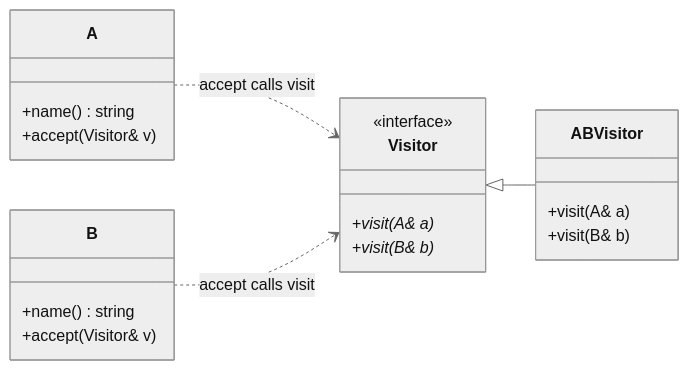
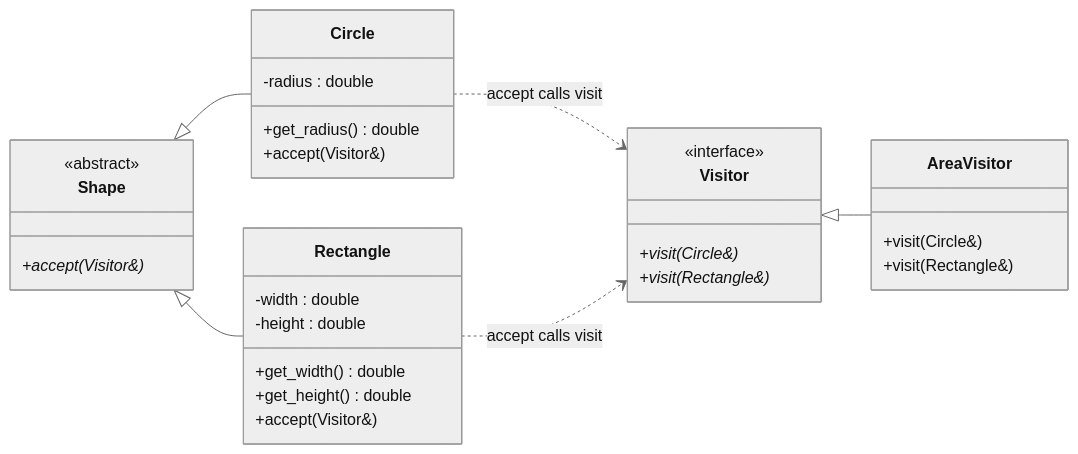
One commit to bbogush/cpp_knowledge_base changed the diagram in src/design_patterns/visitor/README.md. Above: the diagram before and after it, drawn with Mermaid (neutral theme). The commit also changed other lines of this file and 12 other files, not shown here.

````diff
--- a/src/design_patterns/visitor/README.md
+++ b/src/design_patterns/visitor/README.md
@@ -58,29 +59,40 @@
 ```mermaid
 classDiagram
     direction LR
 
     class Visitor {
         <<interface>>
-        +visit(A& a)*
-        +visit(B& b)*
+        +visit(Circle&)*
+        +visit(Rectangle&)*
     }
 
-    class ABVisitor {
-        +visit(A& a)
-        +visit(B& b)
+    class AreaVisitor {
+        +visit(Circle&)
+        +visit(Rectangle&)
     }
 
-    class A {
-        +name() string
-        +accept(Visitor& v)
+    class Shape {
+        <<abstract>>
+        +accept(Visitor&)*
     }
 
-    class B {
-        +name() string
-        +accept(Visitor& v)
+    class Circle {
+        -radius : double
+        +get_radius() double
+        +accept(Visitor&)
     }
 
-    Visitor <|-- ABVisitor
-    A ..> Visitor : accept calls visit
-    B ..> Visitor : accept calls visit
+    class Rectangle {
+        -width : double
+        -height : double
+        +get_width() double
+        +get_height() double
+        +accept(Visitor&)
+    }
+
+    Visitor <|-- AreaVisitor
+    Shape <|-- Circle
+    Shape <|-- Rectangle
+    Circle ..> Visitor : accept calls visit
+    Rectangle ..> Visitor : accept calls visit
 ```
````
